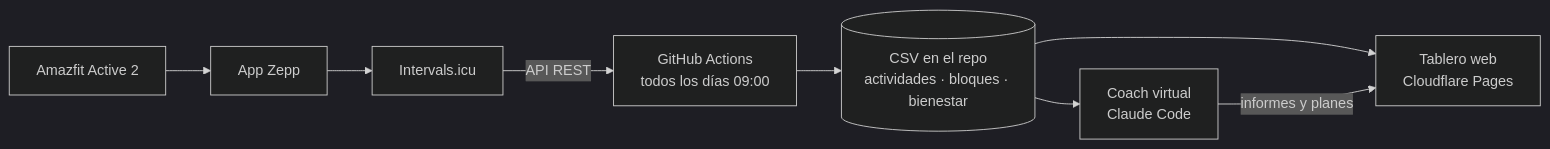
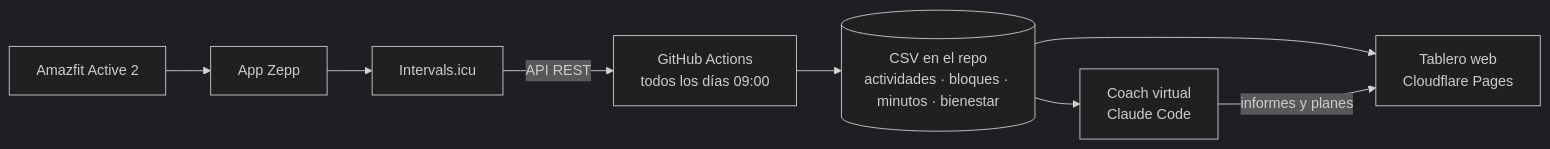
The diagram in README.md (jpzingoni/stats-training), drawn with Mermaid (dark theme) before and after one commit. The commit also changed 1 other file, not shown here.

Commit message:
datos: grabación minuto a minuto y potencia de carrera
Nuevo datos/minutos.csv con una fila por minuto de cada sesión, resumida
de la grabación segundo a segundo de Intervals (sin posición GPS).
Columna potencia_w en actividades y bloques. Corrige ritmos como "10:60".

````diff
--- a/README.md
+++ b/README.md
@@ -11,10 +11,10 @@
 ```mermaid
 flowchart LR
     A[Amazfit Active 2] --> B[App Zepp]
     B --> C[Intervals.icu]
     C -- API REST --> D[GitHub Actions<br/>todos los días 09:00]
-    D --> E[(CSV en el repo<br/>actividades · bloques · bienestar)]
+    D --> E[(CSV en el repo<br/>actividades · bloques · minutos · bienestar)]
     E --> F[Tablero web<br/>Cloudflare Pages]
     E --> G[Coach virtual<br/>Claude Code]
     G -- informes y planes --> F
 ```
````
